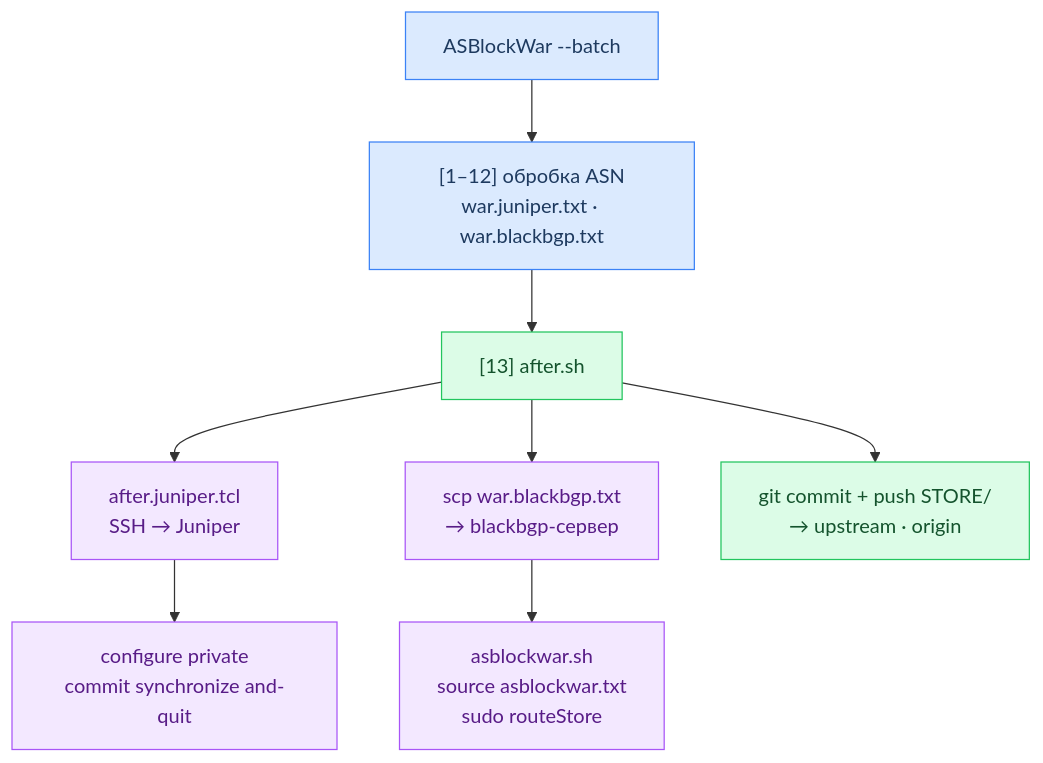
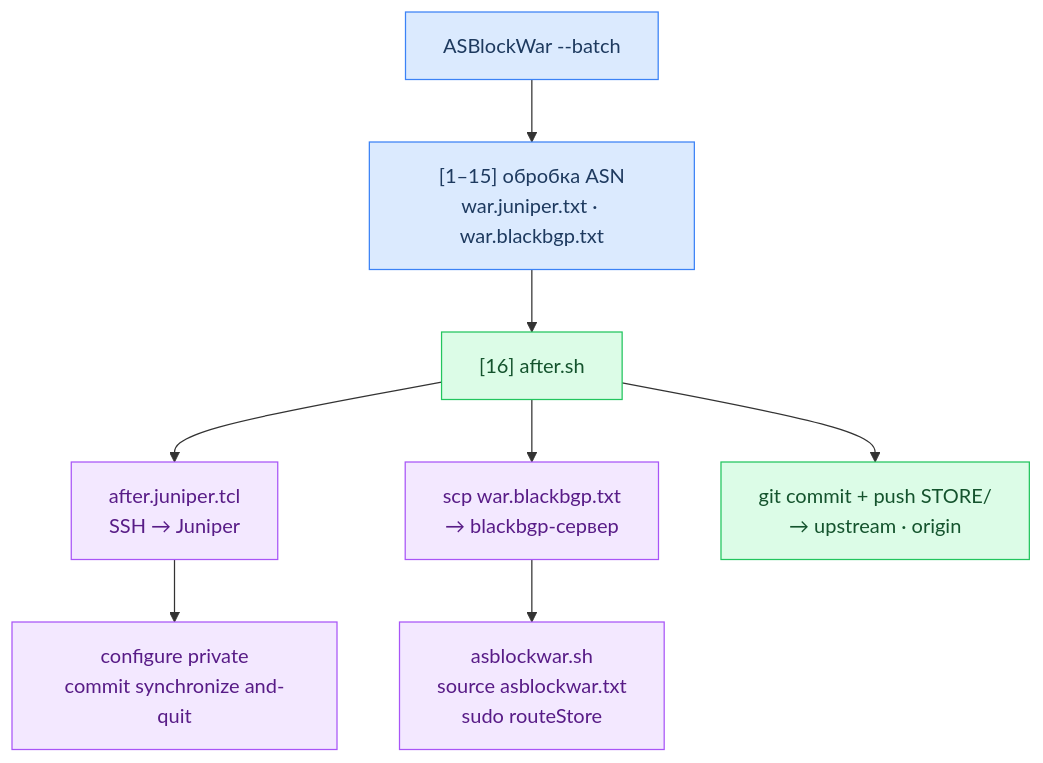
One commit to oldengremlin/asblockwar changed the second of 2 diagrams in README.md. Above: the diagram before and after it, drawn with Mermaid. The commit also changed other lines of this file and 2 other files, not shown here.

````diff
--- a/README.md
+++ b/README.md
@@ -915,27 +915,27 @@
 ```mermaid
 flowchart TD
     AW["ASBlockWar --batch"]
-    PR["[1–12] обробка ASN\nwar.juniper.txt · war.blackbgp.txt"]
-    AF["[13] after.sh"]
+    PR["[1–15] обробка ASN\nwar.juniper.txt · war.blackbgp.txt"]
+    AF["[16] after.sh"]
     JT["after.juniper.tcl\nSSH → Juniper"]
     JC["configure private\ncommit synchronize and-quit"]
     BB["scp war.blackbgp.txt\n→ blackbgp-сервер"]
     AS["asblockwar.sh\nsource asblockwar.txt\nsudo routeStore"]
     GT["git commit + push STORE/\n→ upstream · origin"]
 
     AW --> PR
     PR --> AF
     AF --> JT
     AF --> BB
     AF --> GT
     JT --> JC
     BB --> AS
 
     classDef main  fill:#dbeafe,stroke:#3b82f6,color:#1e3a5f
     classDef batch fill:#dcfce7,stroke:#22c55e,color:#14532d
     classDef ext   fill:#f3e8ff,stroke:#a855f7,color:#581c87
 
     class AW,PR main
     class AF,GT batch
     class JT,JC,BB,AS ext
 ```
````
